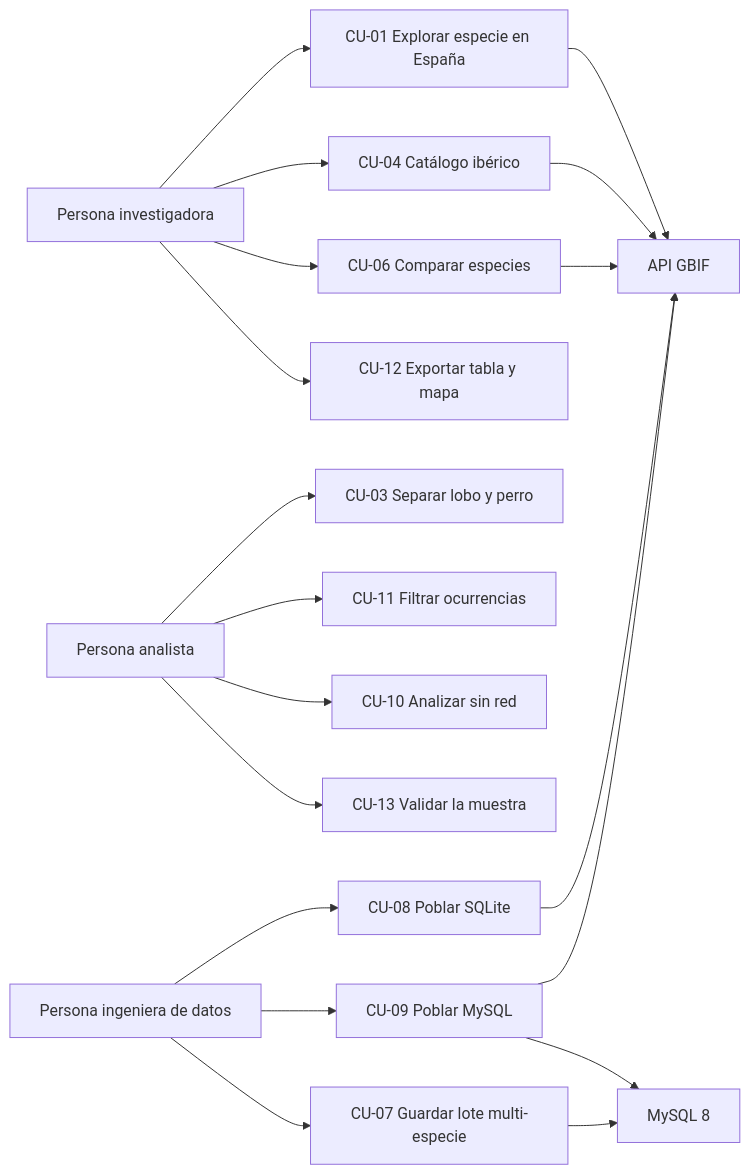
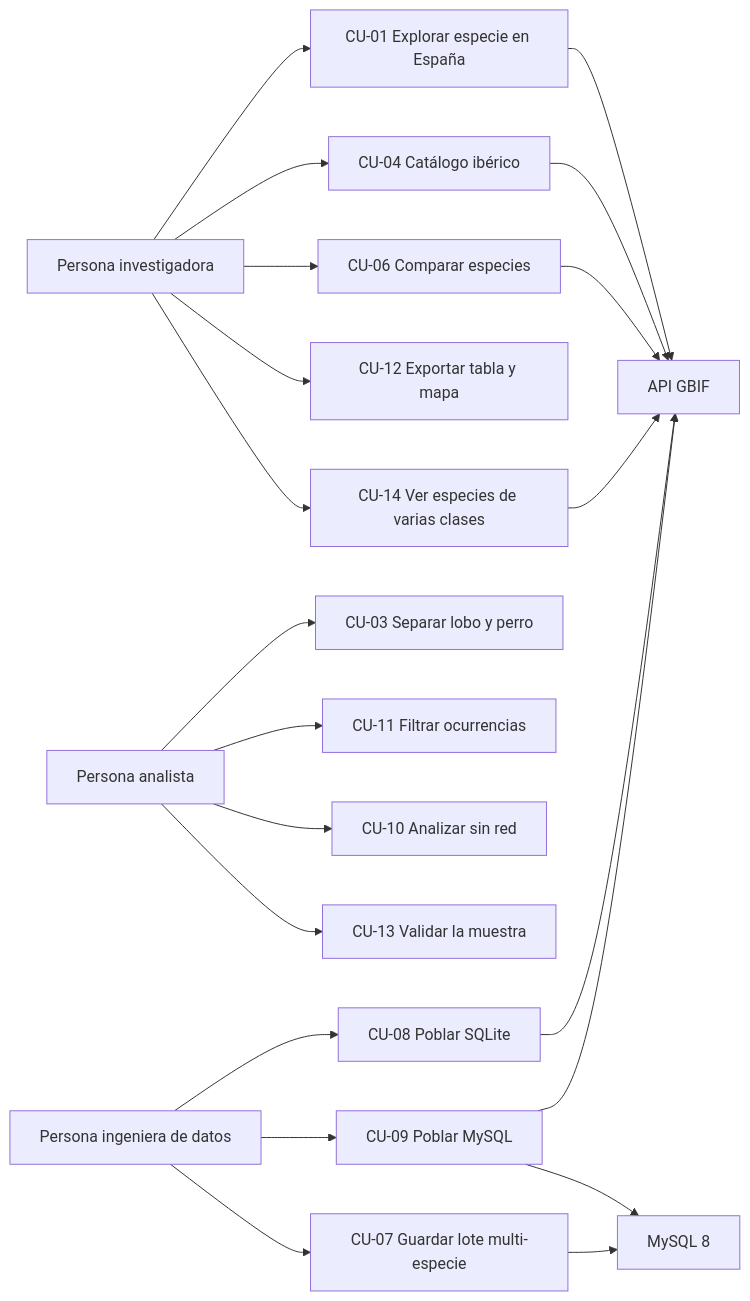
One commit to gracobjo/biodiversidad changed the first of 8 diagrams in docs/UML.md. Above: the diagram before and after it, drawn with Mermaid. The commit also changed other lines of this file and 10 other files, not shown here.

Commit message:
Actualiza diagramas, casos de uso y manuales al catálogo por clases y al kernel Python (biodiversidad).

````diff
--- a/docs/UML.md
+++ b/docs/UML.md
@@ -7,28 +7,30 @@
 ```mermaid
 flowchart LR
   inv[Persona investigadora]
   ana[Persona analista]
   ing[Persona ingeniera de datos]
   gbif[API GBIF]
   mysql[MySQL 8]
 
   inv --> CU01[CU-01 Explorar especie en España]
   inv --> CU04[CU-04 Catálogo ibérico]
   inv --> CU06[CU-06 Comparar especies]
   inv --> CU12[CU-12 Exportar tabla y mapa]
+  inv --> CU14[CU-14 Ver especies de varias clases]
   ana --> CU03[CU-03 Separar lobo y perro]
   ana --> CU11[CU-11 Filtrar ocurrencias]
   ana --> CU10[CU-10 Analizar sin red]
   ana --> CU13[CU-13 Validar la muestra]
   ing --> CU08[CU-08 Poblar SQLite]
   ing --> CU09[CU-09 Poblar MySQL]
   ing --> CU07[CU-07 Guardar lote multi-especie]
 
   CU01 --> gbif
   CU04 --> gbif
   CU06 --> gbif
+  CU14 --> gbif
   CU08 --> gbif
   CU09 --> gbif
   CU09 --> mysql
   CU07 --> mysql
 ```
````
